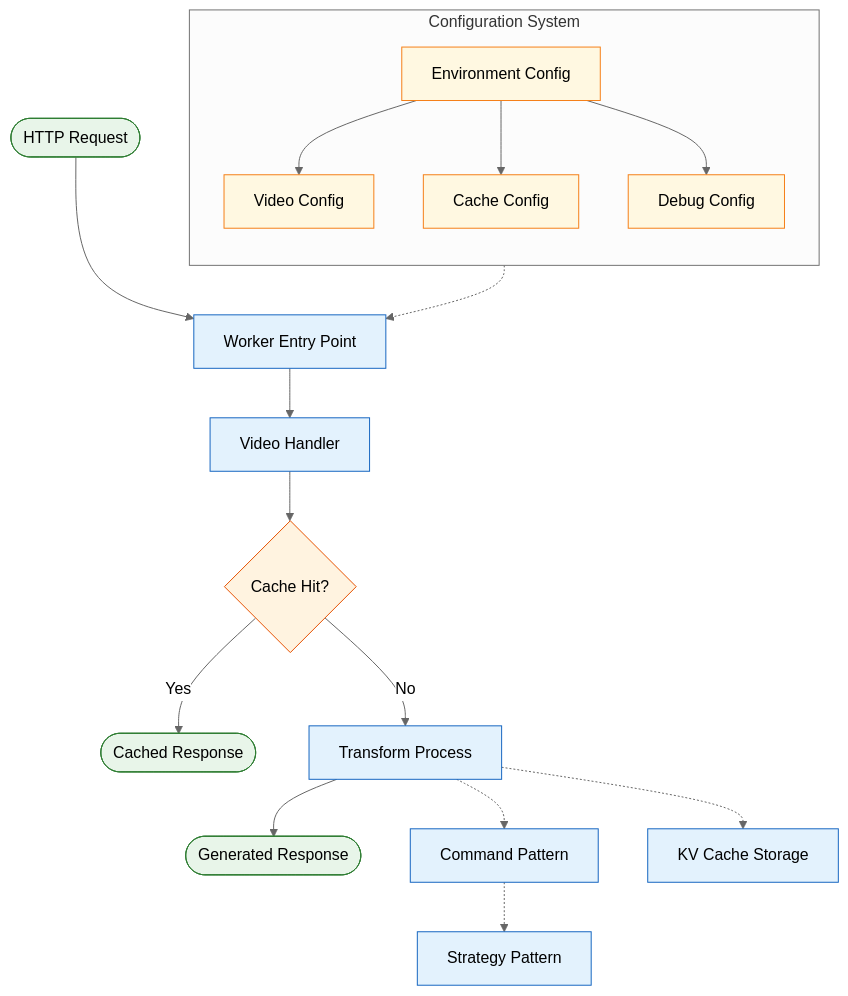
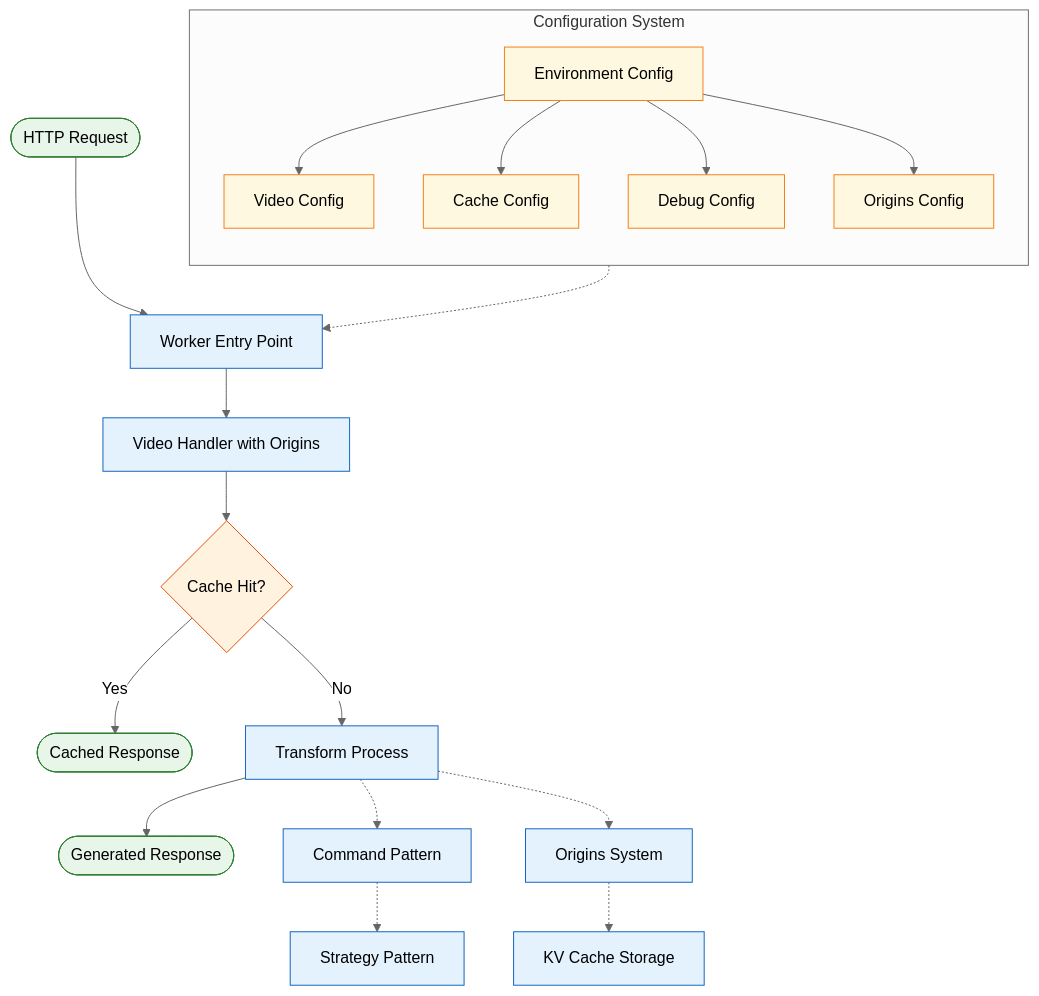
One commit to erfianugrah/video-resizer changed the first of 16 diagrams in README.md. Above: the diagram before and after it, drawn with Mermaid (neutral theme). The commit also changed other lines of this file and 1 other file, not shown here.

First line of the commit message:
docs: update mermaid diagrams to reflect current architecture

````diff
--- a/README.md
+++ b/README.md
@@ -58,41 +59,43 @@
 ```mermaid
 flowchart TB
     %% Define node styles with high contrast colors
     classDef request fill:#E8F5E9,stroke:#2E7D32,color:#000000;
     classDef process fill:#E3F2FD,stroke:#1565C0,color:#000000;
     classDef decision fill:#FFF3E0,stroke:#E65100,color:#000000;
     classDef response fill:#E8F5E9,stroke:#2E7D32,color:#000000;
     classDef config fill:#FFF8E1,stroke:#F57F17,color:#000000;
 
     %% Request handling
     A([HTTP Request]) --> B[Worker Entry Point]
-    B --> C[Video Handler]
+    B --> C[Video Handler with Origins]
     C --> D{Cache Hit?}
 
     %% Response paths
     D -->|Yes| E([Cached Response])
     D -->|No| F[Transform Process]
     F --> G([Generated Response])
 
     %% Core components
     F -.-> H[Command Pattern]
     H -.-> I[Strategy Pattern]
-    F -.-> J[KV Cache Storage]
+    F -.-> J[Origins System]
+    J -.-> K[KV Cache Storage]
 
     %% Configuration
     subgraph Config [Configuration System]
     direction TB
-    K[Environment Config] --> L[Video Config]
-    K --> M[Cache Config]
-    K --> N[Debug Config]
+    L[Environment Config] --> M[Video Config]
+    L --> N[Cache Config]
+    L --> O[Debug Config]
+    L --> P[Origins Config]
     end
 
     Config -.-> B
 
     %% Apply styles
     class A request
-    class B,C,F,H,I,J process
+    class B,C,F,H,I,J,K process
     class D decision
     class E,G response
-    class K,L,M,N config
+    class L,M,N,O,P config
 ```
````
